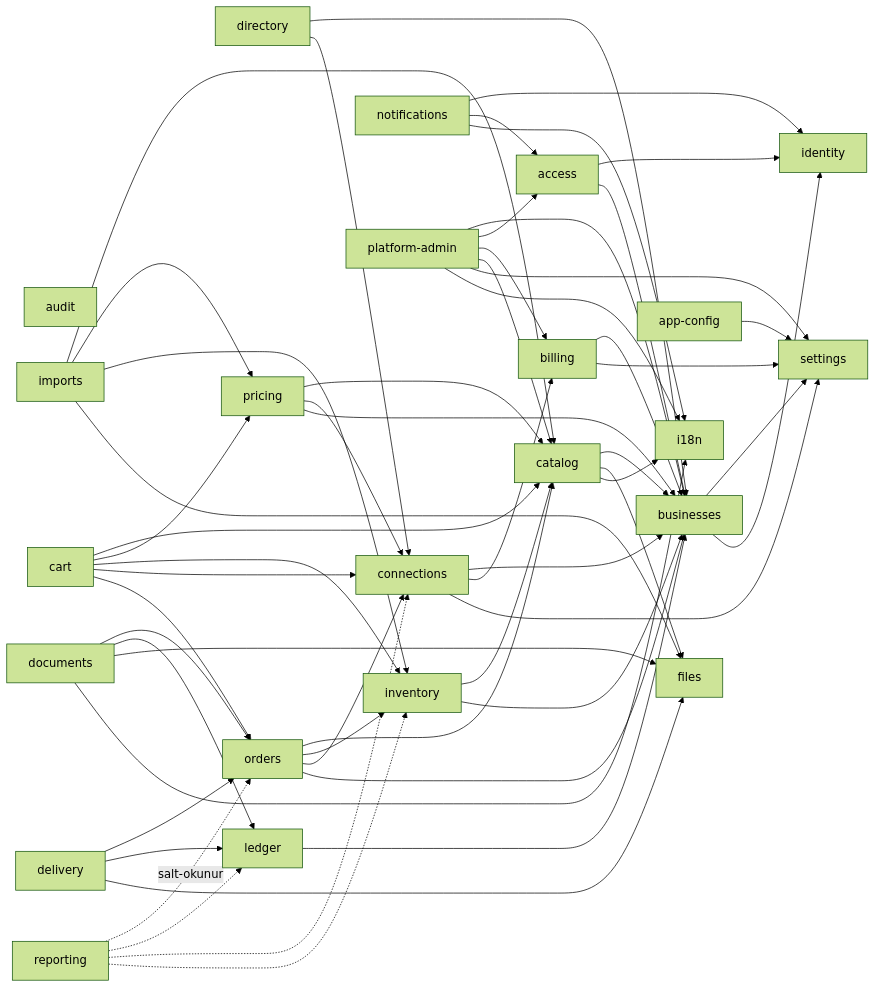
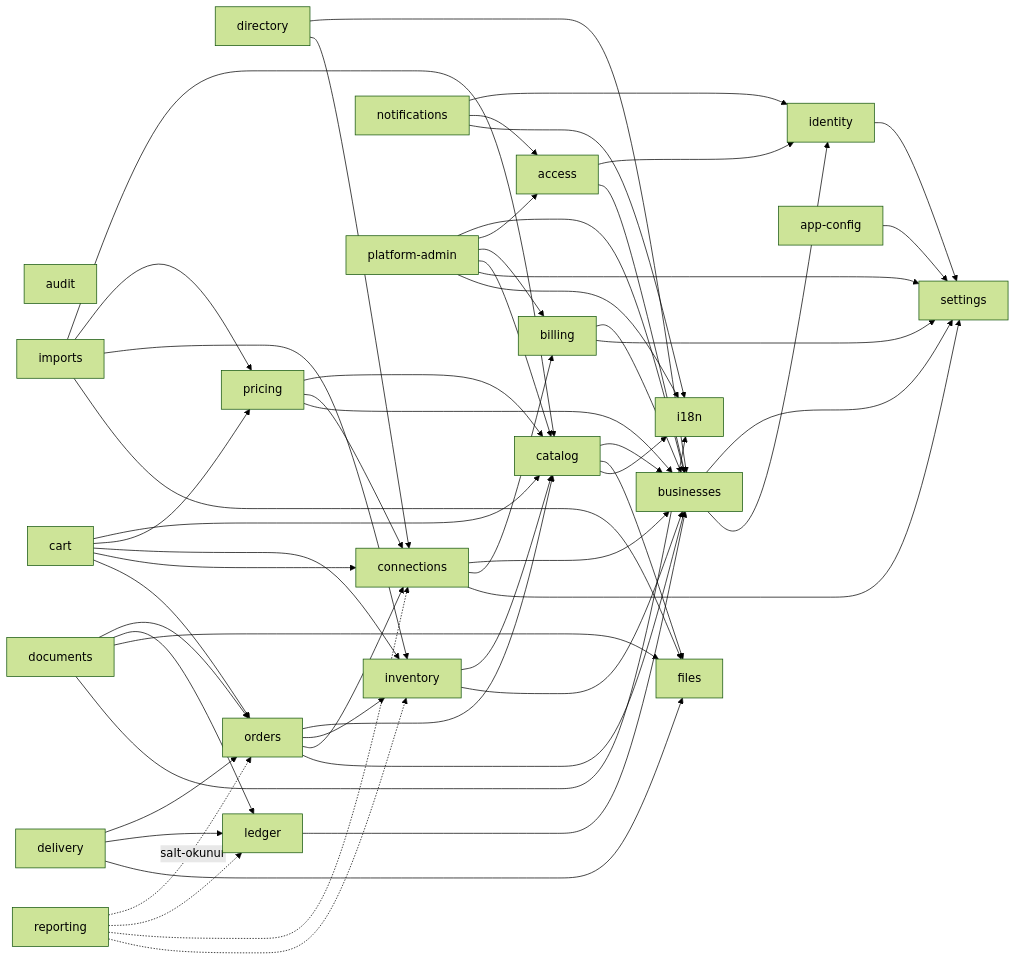
The diagram in docs/03-architecture/c4-component.md (MIRALIKAZIMLI/b2b-platform), drawn with Mermaid (forest theme) before and after one commit. The commit also changed 69 other files, not shown here.

````diff
--- a/docs/03-architecture/c4-component.md
+++ b/docs/03-architecture/c4-component.md
@@ -14,71 +14,72 @@
 ```mermaid
 flowchart LR
     identity
     settings
     i18n
     files
     audit
 
+    identity --> settings
     businesses --> settings
     businesses --> identity
     access --> identity
     access --> businesses
     billing --> businesses
     billing --> settings
 
     connections --> businesses
     connections --> billing
     connections --> settings
     directory --> businesses
     directory --> connections
 
     catalog --> businesses
     catalog --> files
     catalog --> i18n
     imports --> catalog
     imports --> pricing
     imports --> inventory
     imports --> files
     pricing --> catalog
     pricing --> connections
     pricing --> businesses
     inventory --> catalog
     inventory --> businesses
 
     orders --> catalog
     orders --> inventory
     orders --> connections
     orders --> businesses
     cart --> catalog
     cart --> pricing
     cart --> inventory
     cart --> connections
     cart --> orders
 
     ledger --> businesses
     delivery --> orders
     delivery --> ledger
     delivery --> files
     documents --> orders
     documents --> ledger
     documents --> files
     documents --> i18n
 
     notifications --> identity
     notifications --> access
     notifications --> i18n
 
     reporting -.->|"salt-okunur"| orders
     reporting -.-> ledger
     reporting -.-> connections
     reporting -.-> inventory
 
     platformadmin["platform-admin"] --> businesses
     platformadmin --> access
     platformadmin --> billing
     platformadmin --> catalog
     platformadmin --> settings
     platformadmin --> i18n
 
     appconfig["app-config"] --> settings
 ```
````
